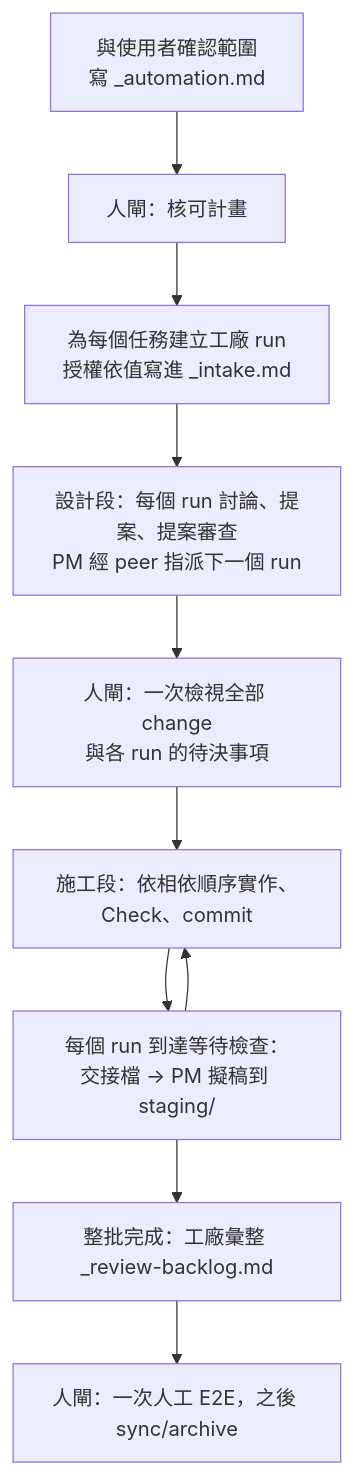
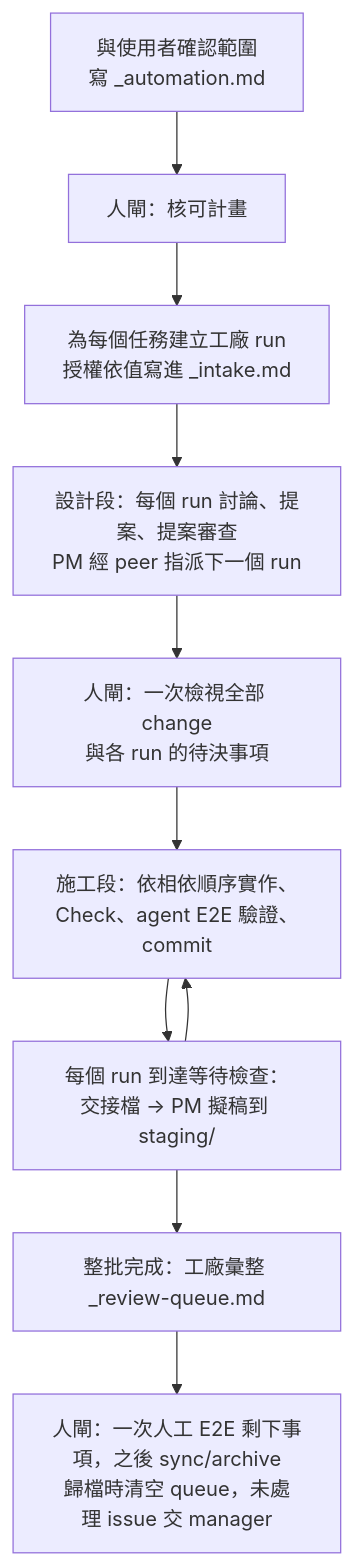
One commit to nekojuice/.agents changed the fourth of 4 diagrams in orchestrator-pm-readme.md. Above: the diagram before and after it, drawn with Mermaid. The commit also changed other lines of this file and 12 other files, not shown here.

First line of the commit message:
feat(skill): factory 插入 agent E2E review 並拆分跨 run 清單

````diff
--- a/orchestrator-pm-readme.md
+++ b/orchestrator-pm-readme.md
@@ -142,12 +142,12 @@
 ```mermaid
 flowchart TD
   A[與使用者確認範圍<br/>寫 _automation.md] --> B[人閘：核可計畫]
   B --> C[為每個任務建立工廠 run<br/>授權依值寫進 _intake.md]
   C --> D[設計段：每個 run 討論、提案、提案審查<br/>PM 經 peer 指派下一個 run]
   D --> R[人閘：一次檢視全部 change<br/>與各 run 的待決事項]
-  R --> E[施工段：依相依順序實作、Check、commit]
+  R --> E[施工段：依相依順序實作、Check、agent E2E 驗證、commit]
   E --> H[每個 run 到達等待檢查：<br/>交接檔 → PM 擬稿到 staging/]
   H --> E
-  H --> F[整批完成：工廠彙整 _review-backlog.md]
-  F --> G[人閘：一次人工 E2E，之後 sync/archive]
+  H --> F[整批完成：工廠彙整 _review-queue.md]
+  F --> G[人閘：一次人工 E2E 剩下事項，之後 sync/archive<br/>歸檔時清空 queue，未處理 issue 交 manager]
 ```
````
